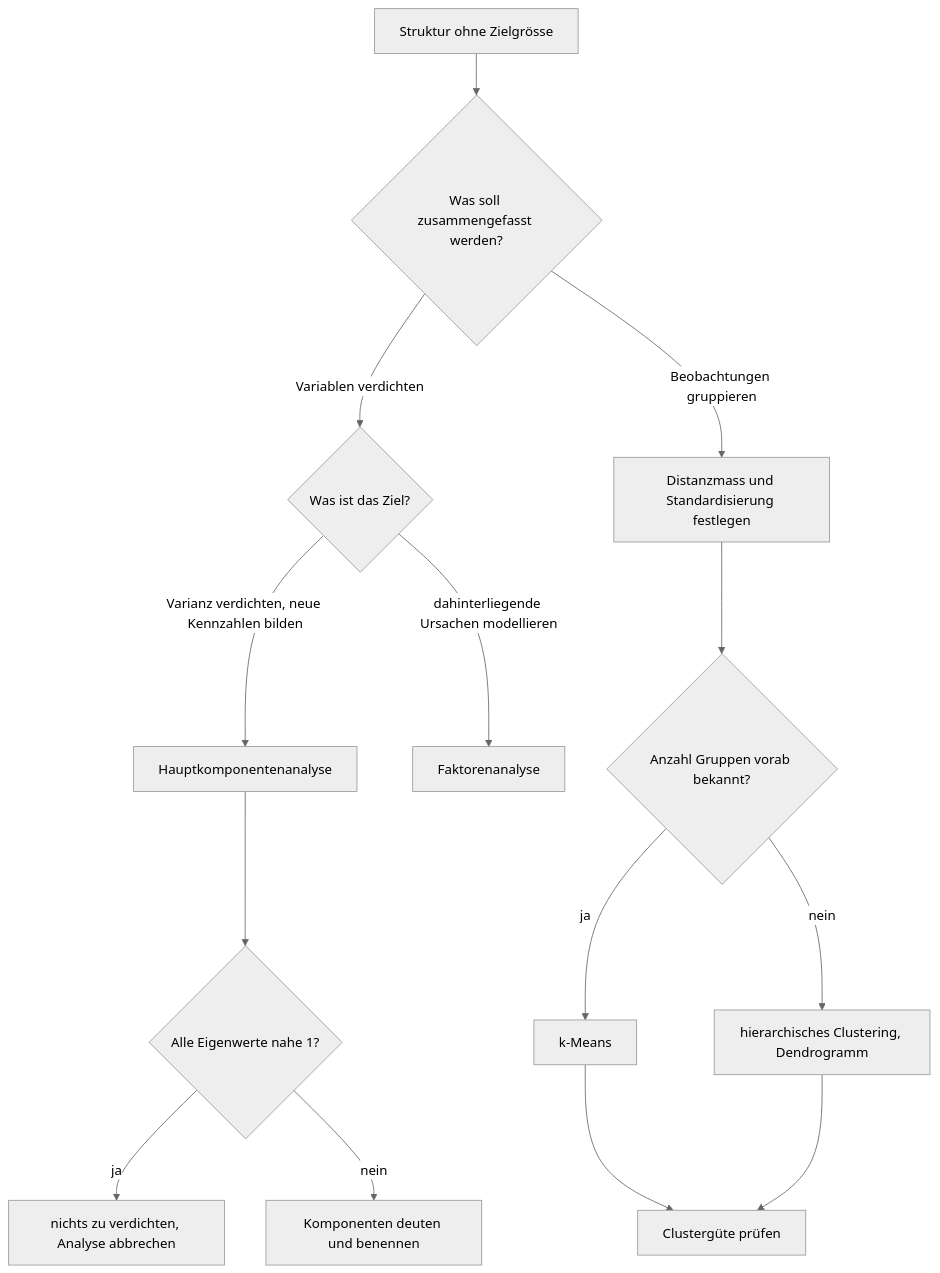
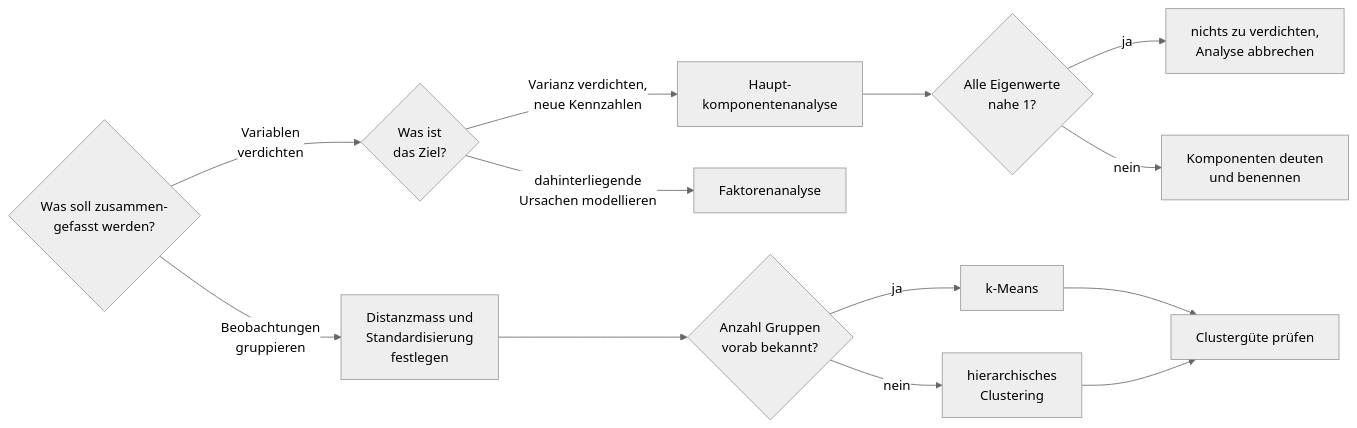
The fourth of 4 diagrams in statistik/verfahren-waehlen.qmd (Dimivo-7/Data-Science), drawn with Mermaid (neutral theme) before and after one commit. The commit also changed other lines of this file and 1 other file, not shown here.

First line of the commit message:
Entscheidungsbaeume lesbar machen, Mermaid-Quelltext ausblenden

````diff
--- a/statistik/verfahren-waehlen.qmd
+++ b/statistik/verfahren-waehlen.qmd
@@ -153,21 +162,20 @@
 ```{mermaid}
 %%| label: fig-baum-struktur
 %%| fig-cap: "Verdichten oder gruppieren: die beiden Wege ohne Zielgrösse."
-flowchart TD
-    S["Struktur ohne Zielgrösse"] --> W{"Was soll zusammengefasst werden?"}
+%%| echo: false
+flowchart LR
+    W{"Was soll zusammen-<br>gefasst werden?"}
 
-    W -->|"Variablen verdichten"| V{"Was ist das Ziel?"}
-    W -->|"Beobachtungen gruppieren"| B["Distanzmass und Standardisierung festlegen"]
+    W -->|"Variablen<br>verdichten"| V{"Was ist<br>das Ziel?"}
+    W -->|"Beobachtungen<br>gruppieren"| B["Distanzmass und<br>Standardisierung<br>festlegen"]
 
-    V -->|"Varianz verdichten, neue Kennzahlen bilden"| V1["Hauptkomponentenanalyse"]
-    V -->|"dahinterliegende Ursachen modellieren"| V2["Faktorenanalyse"]
-    V1 --> V3{"Alle Eigenwerte nahe 1?"}
-    V3 -->|"ja"| V4["nichts zu verdichten, Analyse abbrechen"]
-    V3 -->|"nein"| V5["Komponenten deuten und benennen"]
+    V -->|"Varianz verdichten,<br>neue Kennzahlen"| V1["Haupt-<br>komponentenanalyse"]
+    V -->|"dahinterliegende<br>Ursachen modellieren"| V2["Faktorenanalyse"]
+    V1 --> V3{"Alle Eigenwerte<br>nahe 1?"}
+    V3 -->|"ja"| V4["nichts zu verdichten,<br>Analyse abbrechen"]
+    V3 -->|"nein"| V5["Komponenten deuten<br>und benennen"]
 
-    B --> B1{"Anzahl Gruppen vorab bekannt?"}
-    B1 -->|"ja"| B2["k-Means"]
-    B1 -->|"nein"| B3["hierarchisches Clustering, Dendrogramm"]
-    B2 --> B4["Clustergüte prüfen"]
-    B3 --> B4
+    B --> B1{"Anzahl Gruppen<br>vorab bekannt?"}
+    B1 -->|"ja"| B2["k-Means"] --> B4["Clustergüte prüfen"]
+    B1 -->|"nein"| B3["hierarchisches<br>Clustering"] --> B4
 ```
````
